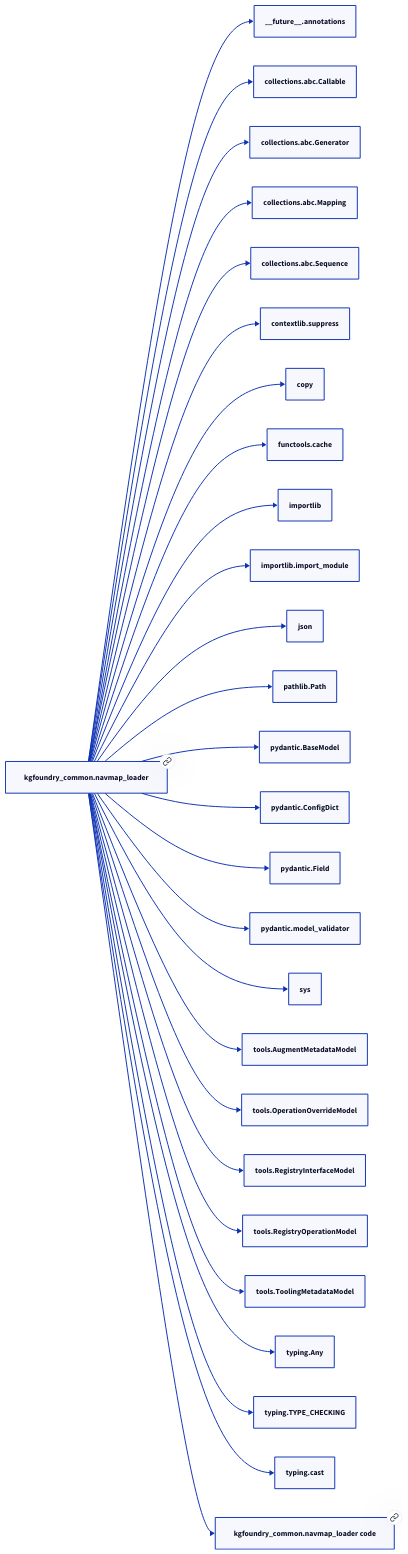
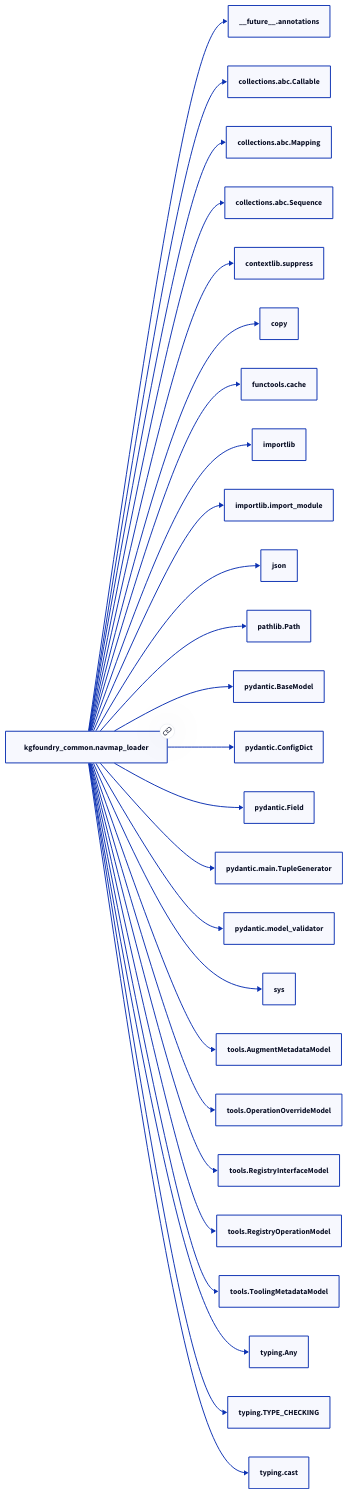
The second of 2 diagrams in docs/modules/kgfoundry_common/navmap_loader.md (paul-heyse/kgforge), drawn with D2 before and after one commit. The commit also changed other lines of this file and 118 other files, not shown here.

````diff
--- a/docs/modules/kgfoundry_common/navmap_loader.md
+++ b/docs/modules/kgfoundry_common/navmap_loader.md
@@ -167,56 +165,54 @@
 ```d2
 direction: right
-"kgfoundry_common.navmap_loader": "kgfoundry_common.navmap_loader" { link: "./kgfoundry_common/navmap_loader.md" }
+"kgfoundry_common.navmap_loader": "kgfoundry_common.navmap_loader" { link: "navmap_loader.md" }
 "__future__.annotations": "__future__.annotations"
 "kgfoundry_common.navmap_loader" -> "__future__.annotations"
 "collections.abc.Callable": "collections.abc.Callable"
 "kgfoundry_common.navmap_loader" -> "collections.abc.Callable"
-"collections.abc.Generator": "collections.abc.Generator"
-"kgfoundry_common.navmap_loader" -> "collections.abc.Generator"
 "collections.abc.Mapping": "collections.abc.Mapping"
 "kgfoundry_common.navmap_loader" -> "collections.abc.Mapping"
 "collections.abc.Sequence": "collections.abc.Sequence"
 "kgfoundry_common.navmap_loader" -> "collections.abc.Sequence"
 "contextlib.suppress": "contextlib.suppress"
 "kgfoundry_common.navmap_loader" -> "contextlib.suppress"
 "copy": "copy"
 "kgfoundry_common.navmap_loader" -> "copy"
 "functools.cache": "functools.cache"
 "kgfoundry_common.navmap_loader" -> "functools.cache"
 "importlib": "importlib"
 "kgfoundry_common.navmap_loader" -> "importlib"
 "importlib.import_module": "importlib.import_module"
 "kgfoundry_common.navmap_loader" -> "importlib.import_module"
 "json": "json"
 "kgfoundry_common.navmap_loader" -> "json"
 "pathlib.Path": "pathlib.Path"
 "kgfoundry_common.navmap_loader" -> "pathlib.Path"
 "pydantic.BaseModel": "pydantic.BaseModel"
 "kgfoundry_common.navmap_loader" -> "pydantic.BaseModel"
 "pydantic.ConfigDict": "pydantic.ConfigDict"
 "kgfoundry_common.navmap_loader" -> "pydantic.ConfigDict"
 "pydantic.Field": "pydantic.Field"
 "kgfoundry_common.navmap_loader" -> "pydantic.Field"
+"pydantic.main.TupleGenerator": "pydantic.main.TupleGenerator"
+"kgfoundry_common.navmap_loader" -> "pydantic.main.TupleGenerator"
 "pydantic.model_validator": "pydantic.model_validator"
 "kgfoundry_common.navmap_loader" -> "pydantic.model_validator"
 "sys": "sys"
 "kgfoundry_common.navmap_loader" -> "sys"
 "tools.AugmentMetadataModel": "tools.AugmentMetadataModel"
 "kgfoundry_common.navmap_loader" -> "tools.AugmentMetadataModel"
 "tools.OperationOverrideModel": "tools.OperationOverrideModel"
 "kgfoundry_common.navmap_loader" -> "tools.OperationOverrideModel"
 "tools.RegistryInterfaceModel": "tools.RegistryInterfaceModel"
 "kgfoundry_common.navmap_loader" -> "tools.RegistryInterfaceModel"
 "tools.RegistryOperationModel": "tools.RegistryOperationModel"
 "kgfoundry_common.navmap_loader" -> "tools.RegistryOperationModel"
 "tools.ToolingMetadataModel": "tools.ToolingMetadataModel"
 "kgfoundry_common.navmap_loader" -> "tools.ToolingMetadataModel"
 "typing.Any": "typing.Any"
 "kgfoundry_common.navmap_loader" -> "typing.Any"
 "typing.TYPE_CHECKING": "typing.TYPE_CHECKING"
 "kgfoundry_common.navmap_loader" -> "typing.TYPE_CHECKING"
 "typing.cast": "typing.cast"
 "kgfoundry_common.navmap_loader" -> "typing.cast"
-"kgfoundry_common.navmap_loader_code": "kgfoundry_common.navmap_loader code" { link: "https://github.com/kgfoundry/kgfoundry/blob/main/src/kgfoundry_common/navmap_loader.py" }
-"kgfoundry_common.navmap_loader" -> "kgfoundry_common.navmap_loader_code" { style: dashed }
 ```
````
